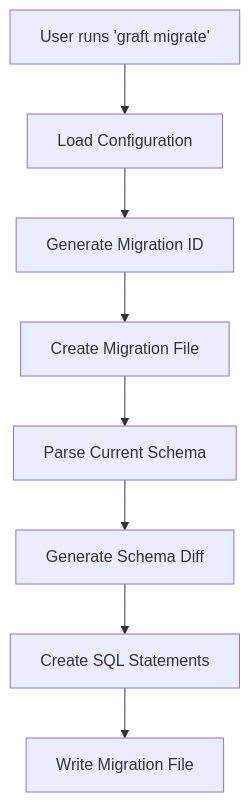
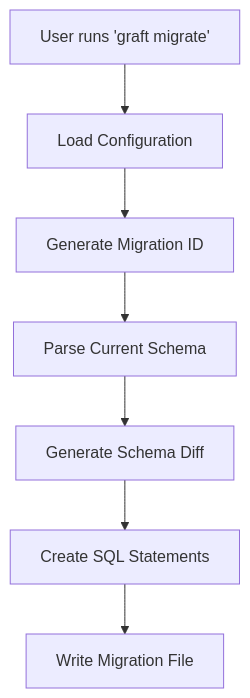
The first of 2 diagrams in docs/HOW_IT_WORKS.md (rosab0506/flash), drawn with Mermaid before and after one commit. The commit also changed other lines of this file and 19 other files, not shown here.

````diff
--- a/docs/HOW_IT_WORKS.md
+++ b/docs/HOW_IT_WORKS.md
@@ -242,10 +242,9 @@
 ```mermaid
 graph TD
     A[User runs 'graft migrate'] --> B[Load Configuration]
     B --> C[Generate Migration ID]
-    C --> D[Create Migration File]
-    D --> E[Parse Current Schema]
-    E --> F[Generate Schema Diff]
-    F --> G[Create SQL Statements]
-    G --> H[Write Migration File]
+    C --> D[Parse Current Schema]
+    D --> E[Generate Schema Diff]
+    E --> F[Create SQL Statements]
+    F --> G[Write Migration File]
 ```
````
